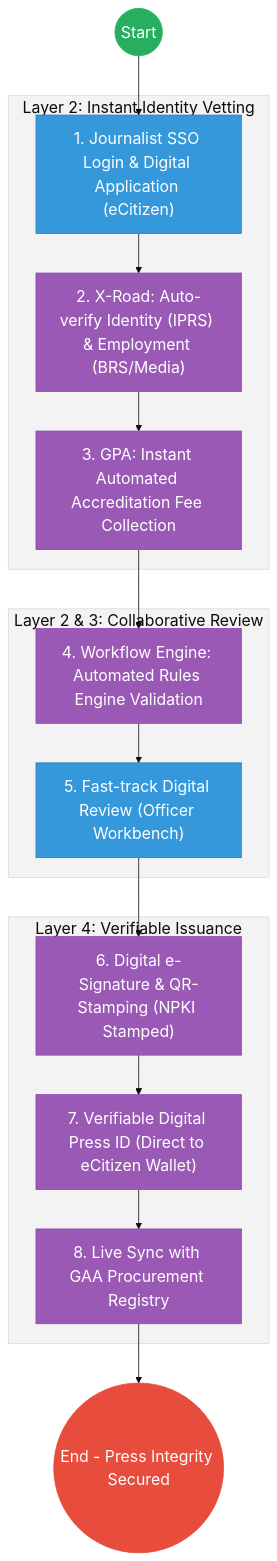
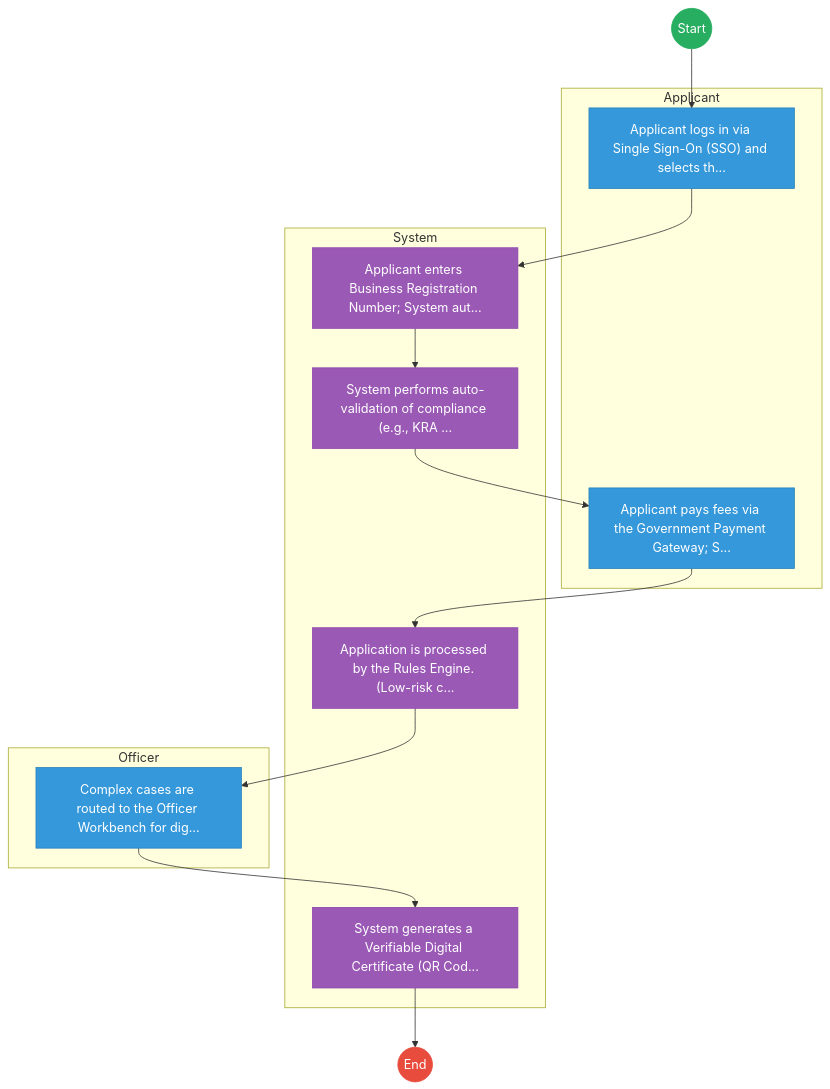
The second of 2 diagrams in mdas/docs_final/priority_mdas/Broadcasting_and_Telecommunications___Service_Delivery.md (BITZ-IT-Consulting-LTD/ictapoc), drawn with Mermaid before and after one commit. The commit also changed other lines of this file and 90 other files, not shown here.

````diff
--- a/mdas/docs_final/priority_mdas/Broadcasting_and_Telecommunications___Service_Delivery.md
+++ b/mdas/docs_final/priority_mdas/Broadcasting_and_Telecommunications___Service_Delivery.md
@@ -110,33 +133,37 @@
 ```mermaid
-%%{init: { 'theme': 'base', 'themeVariables': { 'fontSize': '20px', 'fontFamily': 'Inter, system-ui, sans-serif', 'primaryColor': '#ffffff', 'edgeLabelBackground':'#ffffff', 'tertiaryColor': '#f3f3f3', 'mainBkg': '#ffffff', 'nodeBorder': '#333333' } } }%%
-flowchart TD
-    Start((Start)) --> Portal["1. Journalist SSO Login & Digital Application (eCitizen)"]
-    
-    subgraph Trust_Hub["Layer 2: Instant Identity Vetting"]
-        Portal --> Verify["2. X-Road: Auto-verify Identity (IPRS) & Employment (BRS/Media)"]
-        Verify --> Payment["3. GPA: Instant Automated Accreditation Fee Collection"]
+graph TD
+    Start((Start)) --> S1
+
+    subgraph Applicant [Applicant]
+        S1["Applicant logs in via Single Sign-On (SSO) and selects th..."]
+        S4["Applicant pays fees via the Government Payment Gateway; S..."]
     end
 
-    subgraph Operations["Layer 2 & 3: Collaborative Review"]
-        Payment --> Logic["4. Workflow Engine: Automated Rules Engine Validation"]
-        Logic --> Officer["5. Fast-track Digital Review (Officer Workbench)"]
+    subgraph System [System]
+        S2["Applicant enters Business Registration Number; System aut..."]
+        S3["System performs auto-validation of compliance (e.g., KRA ..."]
+        S5["Application is processed by the Rules Engine. (Low-risk c..."]
+        S7["System generates a Verifiable Digital Certificate (QR Cod..."]
     end
 
-    subgraph Settlement["Layer 4: Verifiable Issuance"]
-        Officer --> NPKI["6. Digital e-Signature & QR-Stamping (NPKI Stamped)"]
-        NPKI --> Output["7. Verifiable Digital Press ID (Direct to eCitizen Wallet)"]
-        Output --> GAA["8. Live Sync with GAA Procurement Registry"]
+    subgraph Officer [Officer]
+        S6["Complex cases are routed to the Officer Workbench for dig..."]
     end
+    S1 --> S2
+    S2 --> S3
+    S3 --> S4
+    S4 --> S5
+    S5 --> S6
+    S6 --> S7
+    S7 --> End((End))
 
-    GAA --> EndProcess(("End - Press Integrity Secured"))
+    classDef start fill:#27ae60,stroke:#27ae60,color:#fff;
+    classDef endNode fill:#e74c3c,stroke:#e74c3c,color:#fff;
+    classDef userTask fill:#3498db,stroke:#2980b9,color:#fff;
+    classDef serviceTask fill:#9b59b6,stroke:#8e44ad,color:#fff;
 
-    classDef start fill:#27ae60,stroke:#27ae60,color:#fff,font-size:20px;;
-    classDef endNode fill:#e74c3c,stroke:#e74c3c,color:#fff,font-size:20px;;
-    classDef userTask fill:#3498db,stroke:#2980b9,color:#fff,font-size:20px;;
-    classDef serviceTask fill:#9b59b6,stroke:#8e44ad,color:#fff,font-size:20px;;
-    
     class Start start;
-    class EndProcess endNode;
-    class Portal,Officer userTask;
-    class Verify,Payment,Logic,NPKI,Output,GAA serviceTask;
+    class End endNode;
+    class S1,S4,S6 userTask;
+    class S2,S3,S5,S7 serviceTask;
 ```
````
